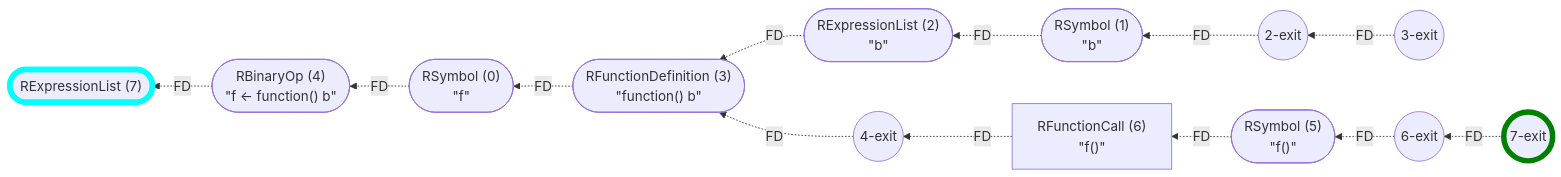
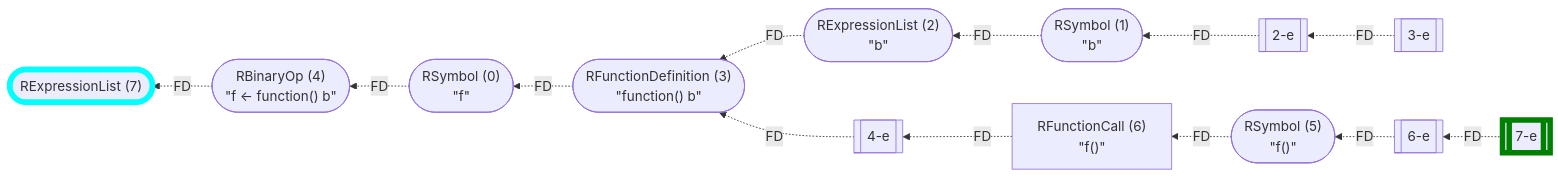
Diagram 13 of 23 in wiki/Control Flow Graph.md (flowr-analysis/flowr), drawn with Mermaid before and after one commit. The commit also changed other lines of this file and 9 other files, not shown here.

````diff
--- a/wiki/Control Flow Graph.md
+++ b/wiki/Control Flow Graph.md
@@ -963,36 +858,36 @@
 ```mermaid
 flowchart RL
     n7(["`RExpressionList (7)`"])
     n0(["`RSymbol (0)
 #34;f#34;`"])
-    n3-exit((3-exit))
+    n3-e[[3-e]]
     n3(["`RFunctionDefinition (3)
 #34;function() b#34;`"])
     n2(["`RExpressionList (2)
 #34;b#34;`"])
     n1(["`RSymbol (1)
 #34;b#34;`"])
-    n2-exit((2-exit))
+    n2-e[[2-e]]
     n4(["`RBinaryOp (4)
 #34;f #60;#45; function() b#34;`"])
-    n4-exit((4-exit))
+    n4-e[[4-e]]
     n5(["`RSymbol (5)
 #34;f()#34;`"])
     n6["`RFunctionCall (6)
 #34;f()#34;`"]
-    n6-exit((6-exit))
-    n7-exit((7-exit))
+    n6-e[[6-e]]
+    n7-e[[7-e]]
     n4 -.->|"FD"| n7
     n1 -.->|"FD"| n2
-    n2-exit -.->|"FD"| n1
+    n2-e -.->|"FD"| n1
     n2 -.->|"FD"| n3
-    n3-exit -.->|"FD"| n2-exit
+    n3-e -.->|"FD"| n2-e
     n3 -.->|"FD"| n0
     n0 -.->|"FD"| n4
-    n4-exit -.->|"FD"| n3
-    n6 -.->|"FD"| n4-exit
+    n4-e -.->|"FD"| n3
+    n6 -.->|"FD"| n4-e
     n5 -.->|"FD"| n6
-    n6-exit -.->|"FD"| n5
-    n7-exit -.->|"FD"| n6-exit
-    style n7 stroke:cyan,stroke-width:6.5px;    style n7-exit stroke:green,stroke-width:6.5px;
+    n6-e -.->|"FD"| n5
+    n7-e -.->|"FD"| n6-e
+    style n7 stroke:cyan,stroke-width:6.5px;    style n7-e stroke:green,stroke-width:6.5px;
 ```
````
